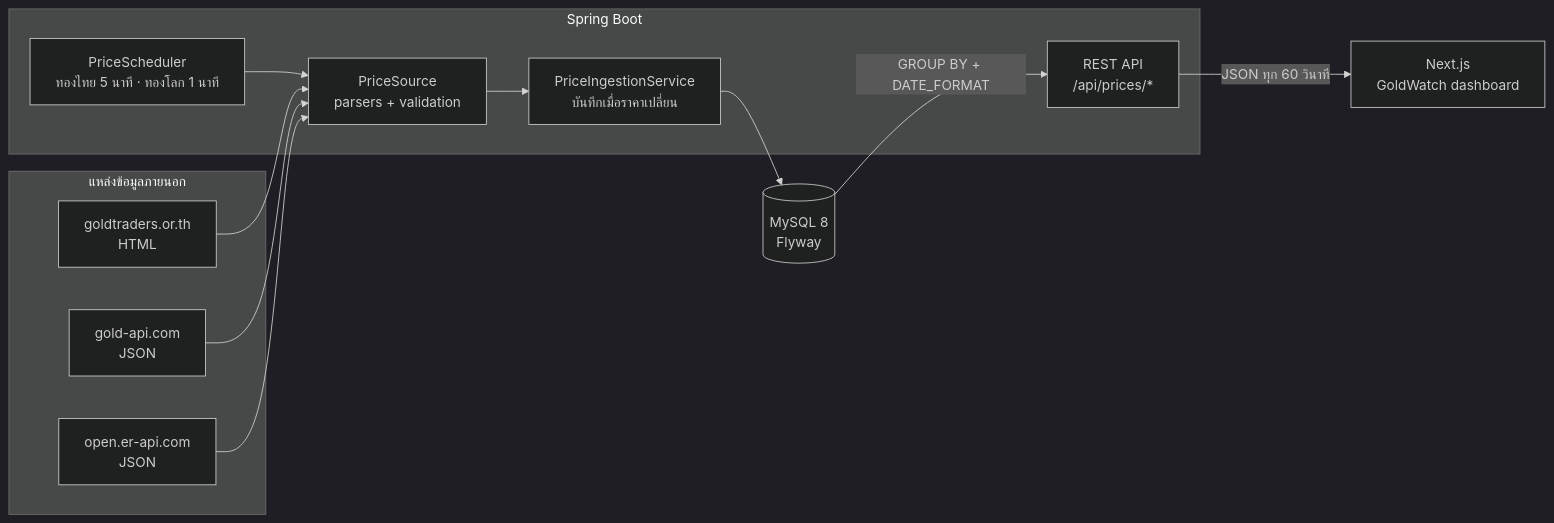
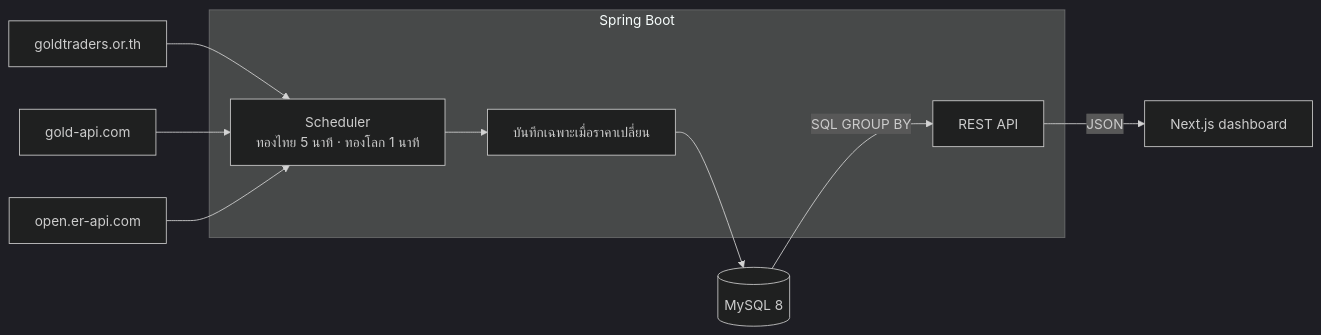
The diagram in README.md (nazhan0-dev/Gold-Watch), drawn with Mermaid (dark theme) before and after one commit. The commit also changed other lines of this file, not shown here.

````diff
--- a/README.md
+++ b/README.md
@@ -38,20 +36,11 @@
 ```mermaid
 flowchart LR
-    subgraph Sources[แหล่งข้อมูลภายนอก]
-        GTA[goldtraders.or.th<br/>HTML]
-        GAPI[gold-api.com<br/>JSON]
-        ER[open.er-api.com<br/>JSON]
+    GTA[goldtraders.or.th] & GAPI[gold-api.com] & ER[open.er-api.com] --> SCH
+    subgraph Backend[Spring Boot]
+        SCH[Scheduler<br/>ทองไทย 5 นาที · ทองโลก 1 นาที] --> ING[บันทึกเฉพาะเมื่อราคาเปลี่ยน]
+        API[REST API]
     end
-    subgraph Backend[Spring Boot]
-        SCH[PriceScheduler<br/>ทองไทย 5 นาที · ทองโลก 1 นาที] --> SRC[PriceSource<br/>parsers + validation]
-        SRC --> ING[PriceIngestionService<br/>บันทึกเมื่อราคาเปลี่ยน]
-        API[REST API<br/>/api/prices/*]
-    end
-    DB[(MySQL 8<br/>Flyway)]
-    WEB[Next.js<br/>GoldWatch dashboard]
-
-    GTA & GAPI & ER --> SRC
-    ING --> DB
-    DB -->|GROUP BY + DATE_FORMAT| API
-    API -->|JSON ทุก 60 วินาที| WEB
+    ING --> DB[(MySQL 8)]
+    DB -->|SQL GROUP BY| API
+    API -->|JSON| WEB[Next.js dashboard]
 ```
````
